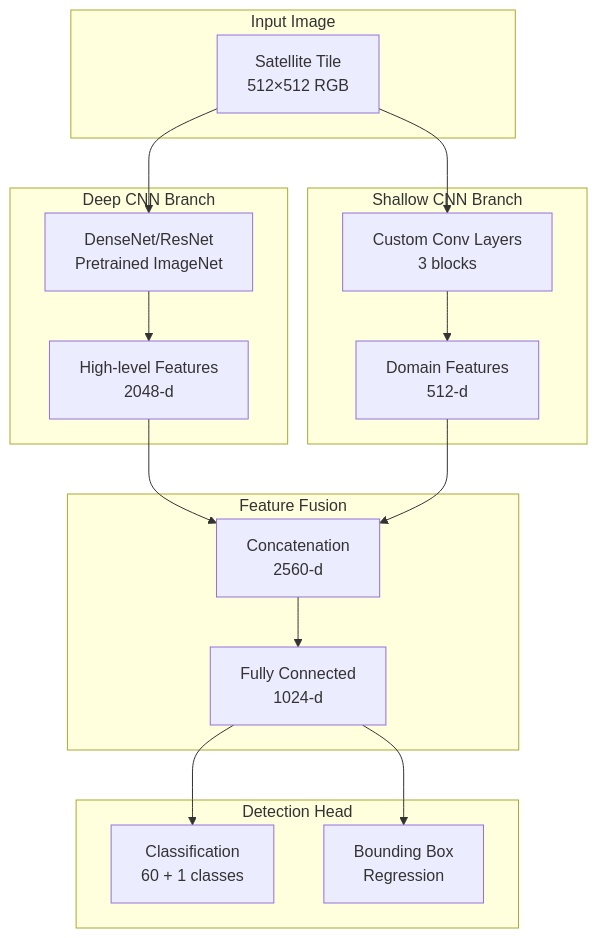
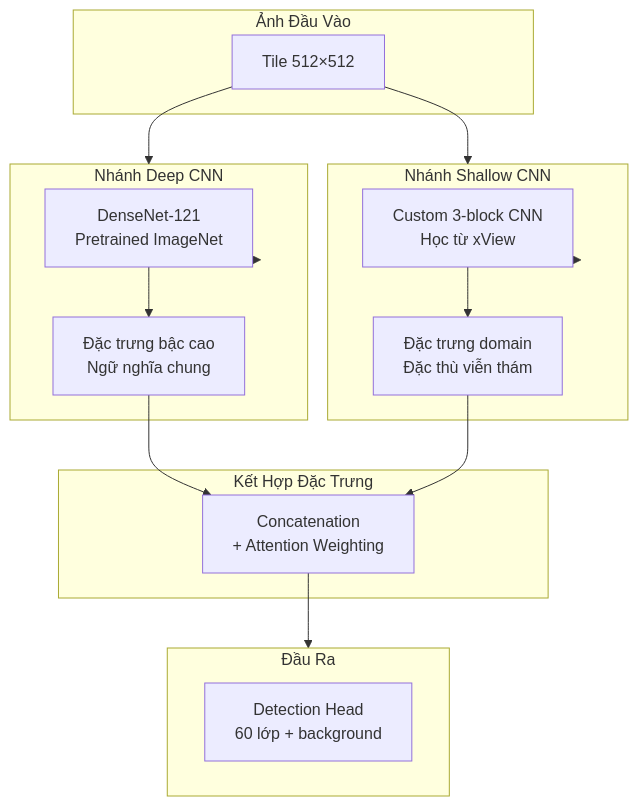
One commit to rerangst/geobayai_lab changed the second of 4 diagrams in research/chuong-06-xview-challenges/muc-01-xview1-object-detection/06-giai-nam.md. Above: the diagram before and after it, drawn with Mermaid. The commit also changed other lines of this file and 18 other files, not shown here.

````diff
--- a/research/chuong-06-xview-challenges/muc-01-xview1-object-detection/06-giai-nam.md
+++ b/research/chuong-06-xview-challenges/muc-01-xview1-object-detection/06-giai-nam.md
@@ -83,27 +62,28 @@
 ```mermaid
 flowchart TB
-    subgraph Input["Input Image"]
-        I[Satellite Tile<br/>512×512 RGB]
+    subgraph INPUT["Ảnh Đầu Vào"]
+        IMG["Tile 512×512"]
     end
 
-    subgraph Deep["Deep CNN Branch"]
-        I --> D1[DenseNet/ResNet<br/>Pretrained ImageNet]
-        D1 --> D2[High-level Features<br/>2048-d]
+    subgraph DEEP["Nhánh Deep CNN"]
+        D1["DenseNet-121<br/>Pretrained ImageNet"]
+        D2["Đặc trưng bậc cao<br/>Ngữ nghĩa chung"]
     end
 
-    subgraph Shallow["Shallow CNN Branch"]
-        I --> S1[Custom Conv Layers<br/>3 blocks]
-        S1 --> S2[Domain Features<br/>512-d]
+    subgraph SHALLOW["Nhánh Shallow CNN"]
+        S1["Custom 3-block CNN<br/>Học từ xView"]
+        S2["Đặc trưng domain<br/>Đặc thù viễn thám"]
     end
 
-    subgraph Fusion["Feature Fusion"]
-        D2 --> F[Concatenation<br/>2560-d]
-        S2 --> F
-        F --> FC[Fully Connected<br/>1024-d]
+    subgraph FUSION["Kết Hợp Đặc Trưng"]
+        F["Concatenation<br/>+ Attention Weighting"]
     end
 
-    subgraph Detection["Detection Head"]
-        FC --> CLS[Classification<br/>60 + 1 classes]
-        FC --> REG[Bounding Box<br/>Regression]
+    subgraph OUTPUT["Đầu Ra"]
+        O["Detection Head<br/>60 lớp + background"]
     end
+
+    IMG --> DEEP --> D1 --> D2 --> F
+    IMG --> SHALLOW --> S1 --> S2 --> F
+    F --> OUTPUT
 ```
````
